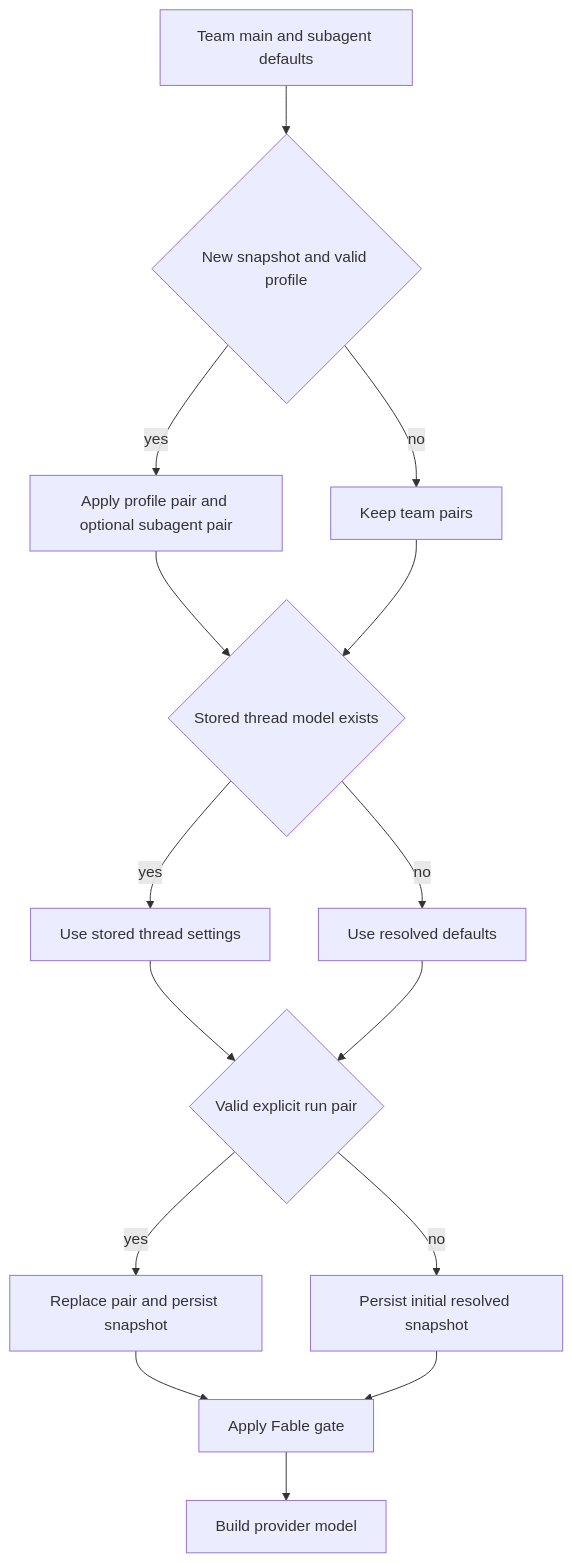
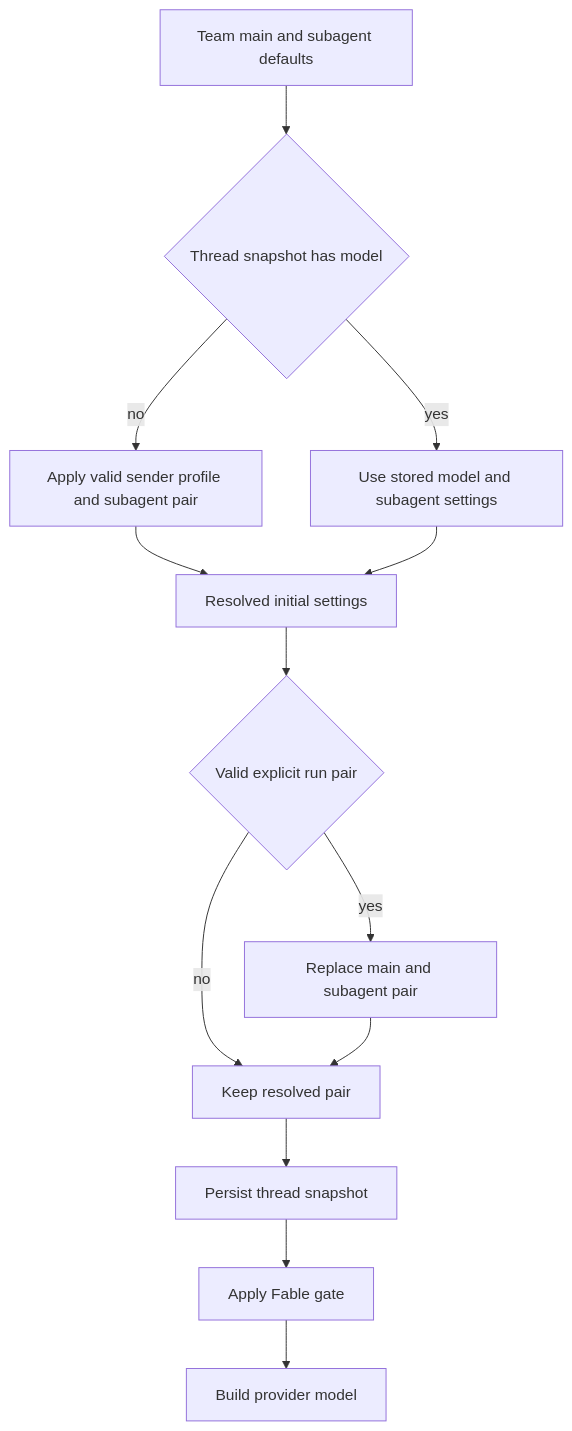
Before and after one commit to langchain-ai/open-swe: the diagram in openwiki/concepts/models-profiles-instructions.md, drawn with Mermaid. The commit also changed other lines of this file and 52 other files, not shown here.

````diff
--- a/openwiki/concepts/models-profiles-instructions.md
+++ b/openwiki/concepts/models-profiles-instructions.md
@@ -113,17 +65,15 @@
 ```mermaid
 flowchart TD
-  Team["Team main and subagent defaults"] --> Profile{"New snapshot and valid profile"}
-  Profile -- "yes" --> ProfilePair["Apply profile pair and optional subagent pair"]
-  Profile -- "no" --> Defaults["Keep team pairs"]
-  ProfilePair --> Stored{"Stored thread model exists"}
-  Defaults --> Stored
-  Stored -- "yes" --> Snapshot["Use stored thread settings"]
-  Stored -- "no" --> Resolved["Use resolved defaults"]
-  Snapshot --> Explicit{"Valid explicit run pair"}
-  Resolved --> Explicit
-  Explicit -- "yes" --> Override["Replace pair and persist snapshot"]
-  Explicit -- "no" --> Persist["Persist initial resolved snapshot"]
-  Override --> Fable["Apply Fable gate"]
-  Persist --> Fable
-  Fable --> Build["Build provider model"]
+  Team["Team main and subagent defaults"] --> Stored{"Thread snapshot has model"}
+  Stored -- "no" --> Profile["Apply valid sender profile and subagent pair"]
+  Stored -- "yes" --> Snapshot["Use stored model and subagent settings"]
+  Profile --> Choice["Resolved initial settings"]
+  Snapshot --> Choice
+  Choice --> Override{"Valid explicit run pair"}
+  Override -- "yes" --> Replace["Replace main and subagent pair"]
+  Override -- "no" --> Persist["Keep resolved pair"]
+  Replace --> Persist
+  Persist --> Save["Persist thread snapshot"]
+  Save --> Gate["Apply Fable gate"]
+  Gate --> Build["Build provider model"]
 ```
````
